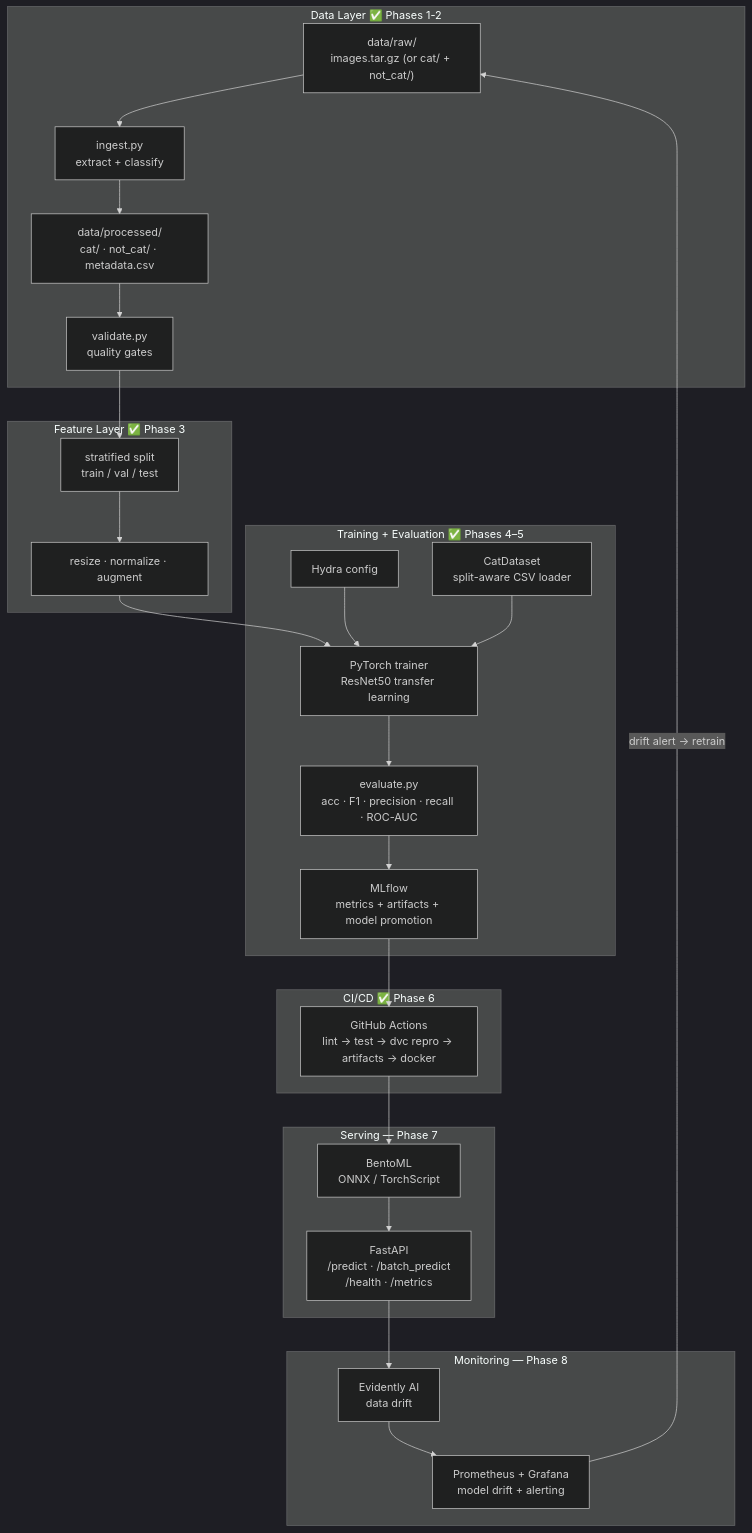
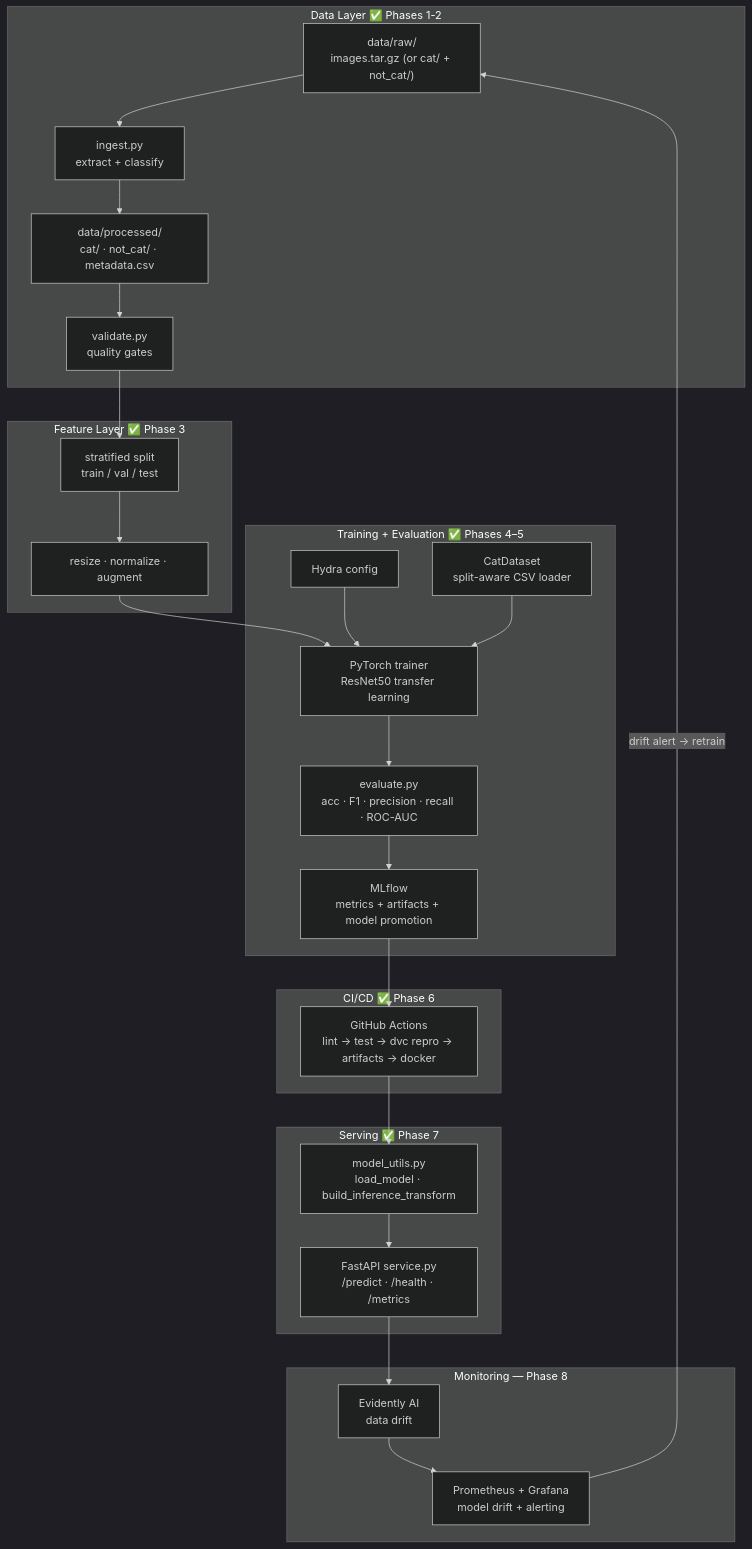
The first of 2 diagrams in docs/Architecture.md (afonsocosta90/purr-duction-pipeline), drawn with Mermaid (dark theme) before and after one commit. The commit also changed other lines of this file and 2 other files, not shown here.

First line of the commit message:
docs: update documentation for Phase 7 serving layer

````diff
--- a/docs/Architecture.md
+++ b/docs/Architecture.md
@@ -44,38 +44,38 @@
 ```mermaid
 flowchart TD
     subgraph Data["Data Layer ✅ Phases 1-2"]
         RAW["data/raw/<br/>images.tar.gz (or cat/ + not_cat/)"]
         INGEST["ingest.py<br/>extract + classify"]
         PROC["data/processed/<br/>cat/ · not_cat/ · metadata.csv"]
         VAL["validate.py<br/>quality gates"]
     end
     subgraph Features["Feature Layer ✅ Phase 3"]
         SPLIT["stratified split<br/>train / val / test"]
         FEAT["resize · normalize · augment"]
     end
     subgraph Training["Training + Evaluation ✅ Phases 4–5"]
         HYDRA["Hydra config"]
         DS["CatDataset<br/>split-aware CSV loader"]
         TRAIN["PyTorch trainer<br/>ResNet50 transfer learning"]
         EVAL["evaluate.py<br/>acc · F1 · precision · recall · ROC-AUC"]
         MLFLOW["MLflow<br/>metrics + artifacts + model promotion"]
     end
     subgraph CICD["CI/CD ✅ Phase 6"]
         GH["GitHub Actions<br/>lint → test → dvc repro → artifacts → docker"]
     end
-    subgraph Serving["Serving — Phase 7"]
-        BENTO["BentoML<br/>ONNX / TorchScript"]
-        API["FastAPI<br/>/predict · /batch_predict<br/>/health · /metrics"]
+    subgraph Serving["Serving ✅ Phase 7"]
+        UTILS["model_utils.py<br/>load_model · build_inference_transform"]
+        API["FastAPI service.py<br/>/predict · /health · /metrics"]
     end
     subgraph Monitor["Monitoring — Phase 8"]
         EVIDENTLY["Evidently AI<br/>data drift"]
         PROM["Prometheus + Grafana<br/>model drift + alerting"]
     end
     RAW --> INGEST --> PROC --> VAL
     VAL --> SPLIT --> FEAT --> TRAIN
     HYDRA --> TRAIN
     DS --> TRAIN --> EVAL --> MLFLOW
-    MLFLOW --> GH --> BENTO --> API
+    MLFLOW --> GH --> UTILS --> API
     API --> EVIDENTLY --> PROM
     PROM -->|"drift alert → retrain"| RAW
 ```
````
